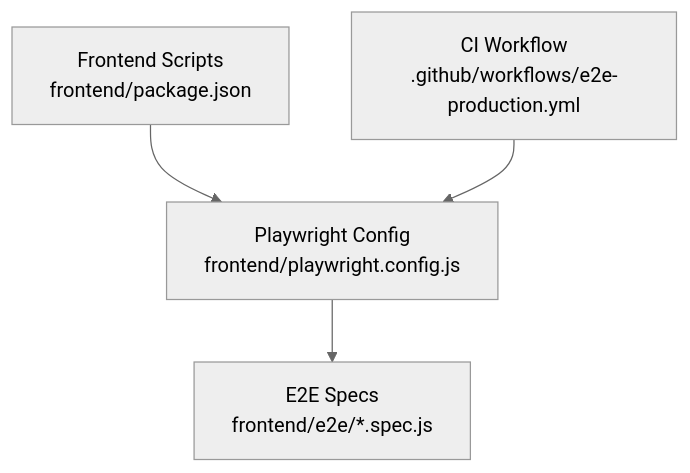
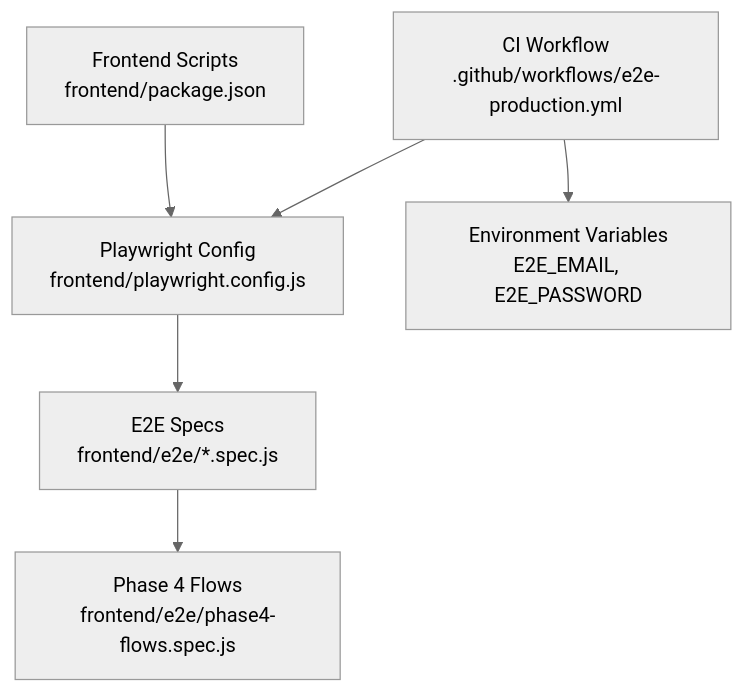
One commit to rohitkumarnaidu/-Auto-AI-Automated-Academic-Docx-Manuscript-Formatter changed the first of 11 diagrams in .qoder/repowiki/en/content/Testing Strategy/Frontend Testing/Playwright End-to-End Testing.md. Above: the diagram before and after it, drawn with Mermaid (neutral theme). The commit also changed other lines of this file and 4 other files, not shown here.

````diff
--- a/.qoder/repowiki/en/content/Testing Strategy/Frontend Testing/Playwright End-to-End Testing.md
+++ b/.qoder/repowiki/en/content/Testing Strategy/Frontend Testing/Playwright End-to-End Testing.md
@@ -41,10 +53,14 @@
 ```mermaid
 graph TB
 PW["Playwright Config<br/>frontend/playwright.config.js"]
 PKG["Frontend Scripts<br/>frontend/package.json"]
 E2E_DIR["E2E Specs<br/>frontend/e2e/*.spec.js"]
+PHASE4["Phase 4 Flows<br/>frontend/e2e/phase4-flows.spec.js"]
 GH_WORKFLOW["CI Workflow<br/>.github/workflows/e2e-production.yml"]
+ENV_VARS["Environment Variables<br/>E2E_EMAIL, E2E_PASSWORD"]
 PW --> E2E_DIR
 PKG --> PW
 GH_WORKFLOW --> PW
+GH_WORKFLOW --> ENV_VARS
+E2E_DIR --> PHASE4
 ```
````
